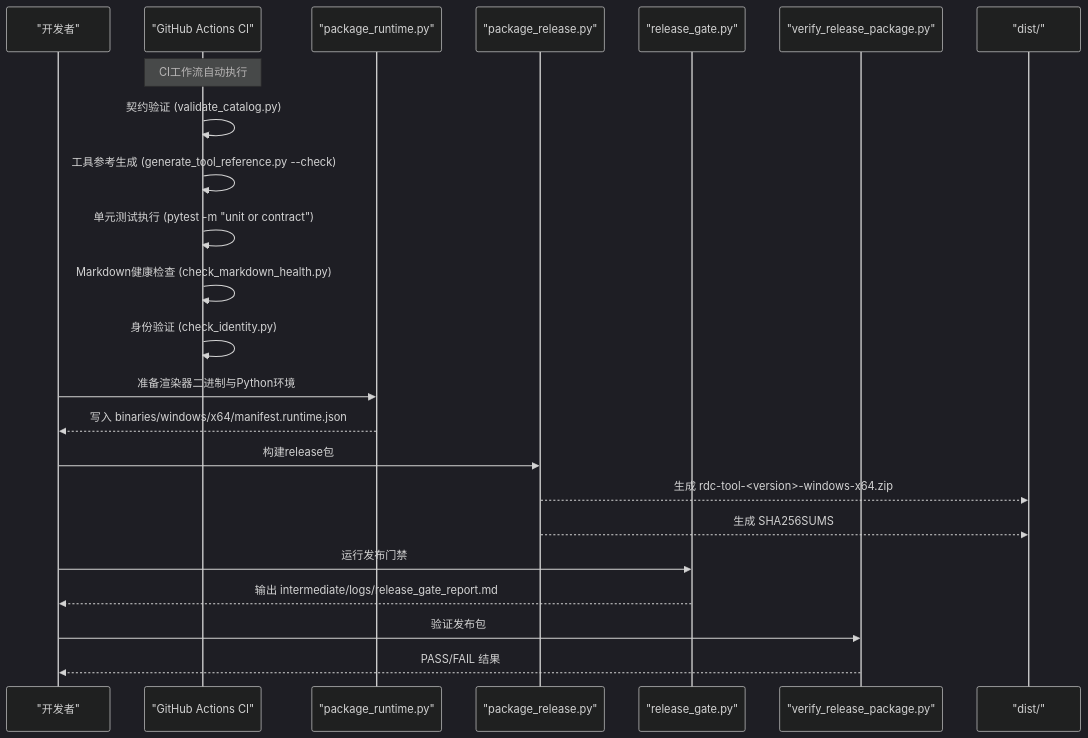
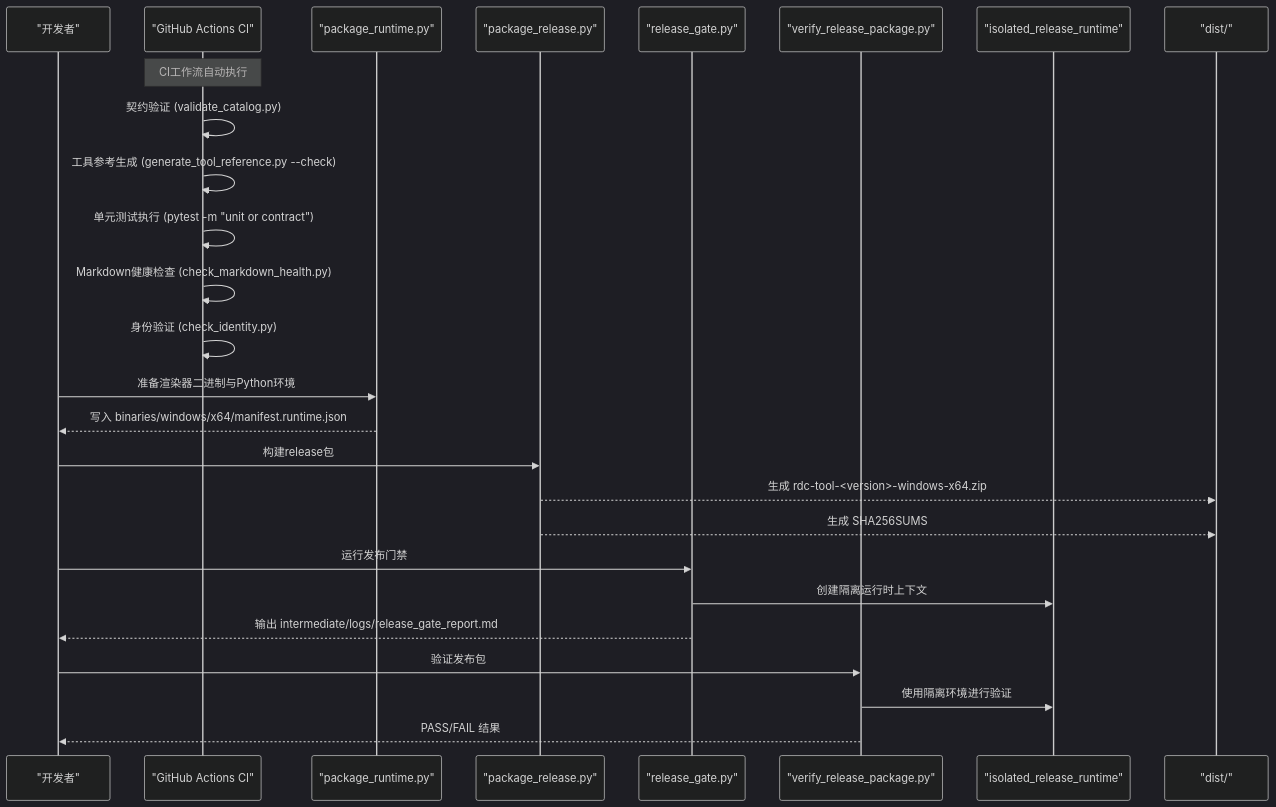
The second of 8 diagrams in .qoder/repowiki/zh/content/开发指南/构建和发布.md (haolange/RDC-Tool), drawn with Mermaid (dark theme) before and after one commit. The commit also changed other lines of this file and 53 other files, not shown here.

````diff
--- a/.qoder/repowiki/zh/content/开发指南/构建和发布.md
+++ b/.qoder/repowiki/zh/content/开发指南/构建和发布.md
@@ -120,25 +123,28 @@
 ```mermaid
 sequenceDiagram
 participant Dev as "开发者"
 participant CI as "GitHub Actions CI"
 participant PR as "package_runtime.py"
 participant PB as "package_release.py"
 participant RG as "release_gate.py"
 participant VP as "verify_release_package.py"
+participant IR as "isolated_release_runtime"
 participant Dist as "dist/"
 Note over CI : CI工作流自动执行
 CI->>CI : 契约验证 (validate_catalog.py)
 CI->>CI : 工具参考生成 (generate_tool_reference.py --check)
 CI->>CI : 单元测试执行 (pytest -m "unit or contract")
 CI->>CI : Markdown健康检查 (check_markdown_health.py)
 CI->>CI : 身份验证 (check_identity.py)
 Dev->>PR : 准备渲染器二进制与Python环境
 PR-->>Dev : 写入 binaries/windows/x64/manifest.runtime.json
 Dev->>PB : 构建release包
 PB-->>Dist : 生成 rdc-tool-<version>-windows-x64.zip
 PB-->>Dist : 生成 SHA256SUMS
 Dev->>RG : 运行发布门禁
+RG->>IR : 创建隔离运行时上下文
 RG-->>Dev : 输出 intermediate/logs/release_gate_report.md
 Dev->>VP : 验证发布包
+VP->>IR : 使用隔离环境进行验证
 VP-->>Dev : PASS/FAIL 结果
 ```
````
